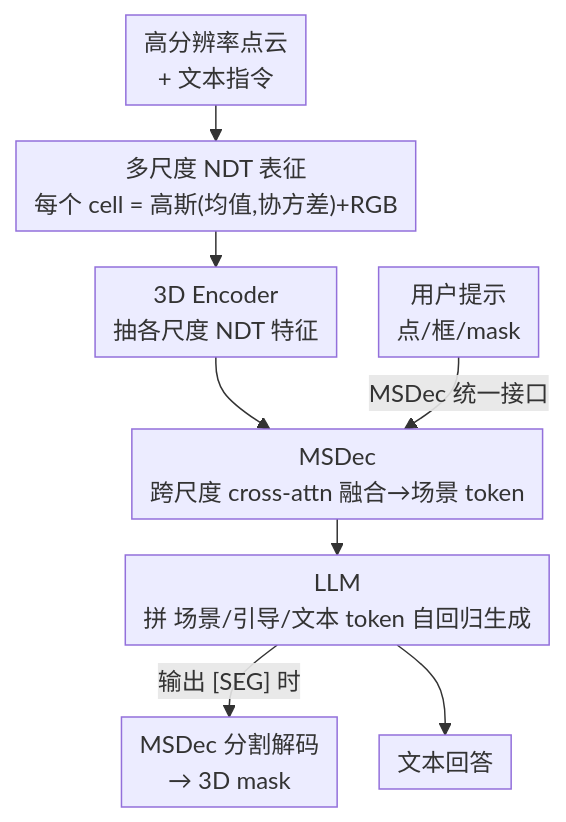
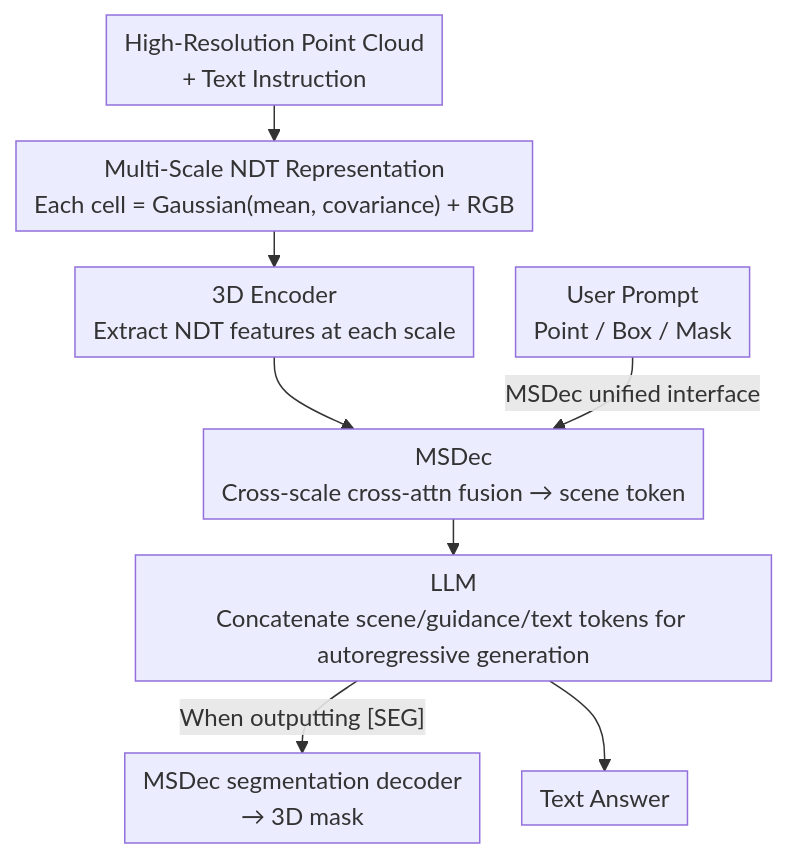
Before and after one commit to zhaoyang97/Paper-Notes-en: the diagram in docs/CVPR2026/3d_vision/scenes_as_tokens_multi-scale_normal_distributions_transform_tokenizer_for_genera.md, drawn with Mermaid. The commit also changed 644 other files, not shown here.

````diff
--- a/docs/CVPR2026/3d_vision/scenes_as_tokens_multi-scale_normal_distributions_transform_tokenizer_for_genera.md
+++ b/docs/CVPR2026/3d_vision/scenes_as_tokens_multi-scale_normal_distributions_transform_tokenizer_for_genera.md
@@ -49,11 +49,11 @@
 ```mermaid
 %%{init: {'flowchart': {'rankSpacing': 24, 'nodeSpacing': 28, 'padding': 6, 'wrappingWidth': 400}}}%%
 flowchart TD
-    A["高分辨率点云<br/>+ 文本指令"] --> B["多尺度 NDT 表征<br/>每个 cell = 高斯(均值,协方差)+RGB"]
-    B --> C["3D Encoder<br/>抽各尺度 NDT 特征"]
-    C --> D["MSDec<br/>跨尺度 cross-attn 融合→场景 token"]
-    P["用户提示<br/>点/框/mask"] -->|"MSDec 统一接口"| D
-    D --> E["LLM<br/>拼 场景/引导/文本 token 自回归生成"]
-    E -->|"输出 [SEG] 时"| F["MSDec 分割解码<br/>→ 3D mask"]
-    E --> G["文本回答"]
+    A["High-Resolution Point Cloud<br/>+ Text Instruction"] --> B["Multi-Scale NDT Representation<br/>Each cell = Gaussian(mean, covariance) + RGB"]
+    B --> C["3D Encoder<br/>Extract NDT features at each scale"]
+    C --> D["MSDec<br/>Cross-scale cross-attn fusion → scene token"]
+    P["User Prompt<br/>Point / Box / Mask"] -->|"MSDec unified interface"| D
+    D --> E["LLM<br/>Concatenate scene/guidance/text tokens for autoregressive generation"]
+    E -->|"When outputting [SEG]"| F["MSDec segmentation decoder<br/>→ 3D mask"]
+    E --> G["Text Answer"]
 ```
````
